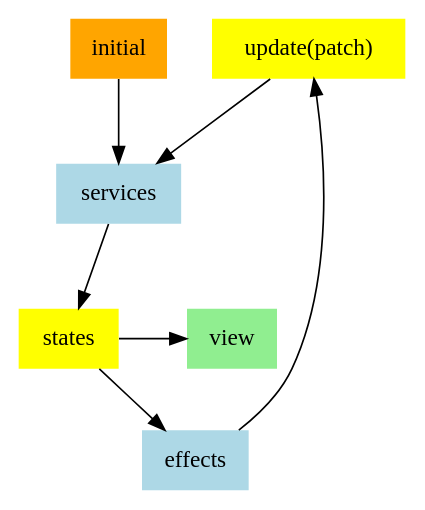
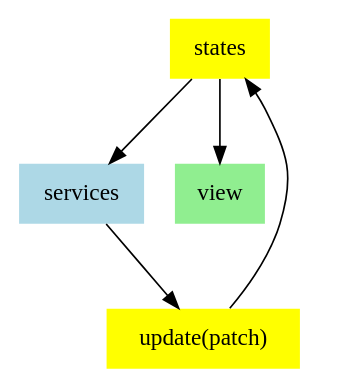
Before and after one commit to foxdonut/meiosis: the diagram in docs/images/services.dot, drawn with Graphviz. The commit also changed 3 other files, not shown here.

```diff
--- a/docs/images/services.dot
+++ b/docs/images/services.dot
@@ -1,15 +1,8 @@
 digraph meiosistutorial {
-  initial [shape="none", style="filled", fillcolor="orange", label="initial"]
+  states [shape="none", style="filled", fillcolor="yellow", label="states"]
+  services [shape="none", style="filled", fillcolor="lightblue", label="services"]
   update [shape="none", style="filled", fillcolor="yellow", label="update(patch)"]
-  services [shape="none", style="filled", fillcolor="lightblue", label="services"]
-  states [shape="none", style="filled", fillcolor="yellow", label="states"]
   view [shape="none", style="filled", fillcolor="lightgreen", label="view"]
-  effects [shape="none", style="filled", fillcolor="lightblue", label="effects"]
 
-  initial -> services
-  update -> services -> states -> view [label="     "]
-  states -> effects -> update
-
-  {rank="same"; initial update}
-  {rank="same"; states view}
+  states -> services -> update -> states -> view [label="     "]
 }
```
